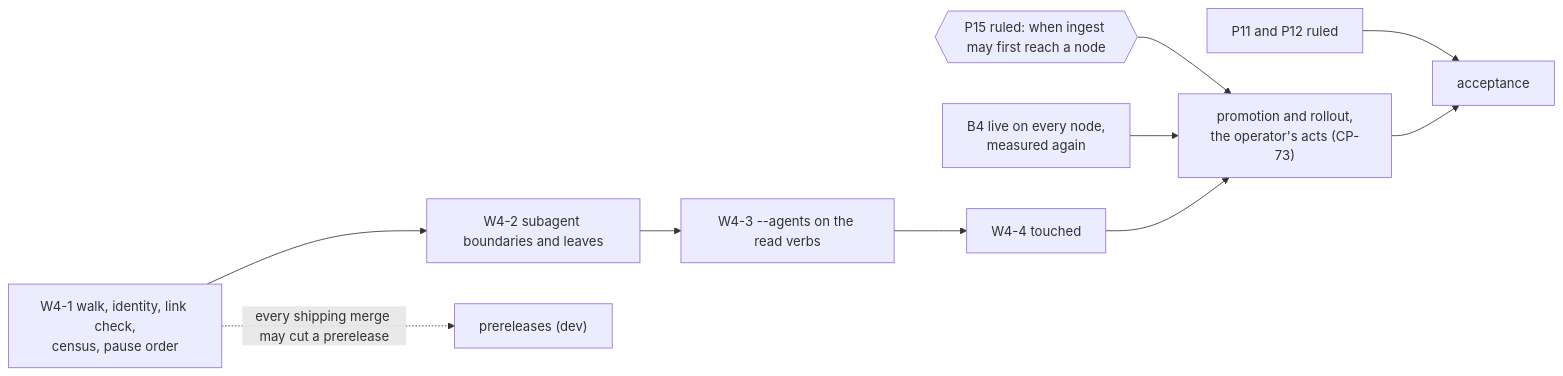
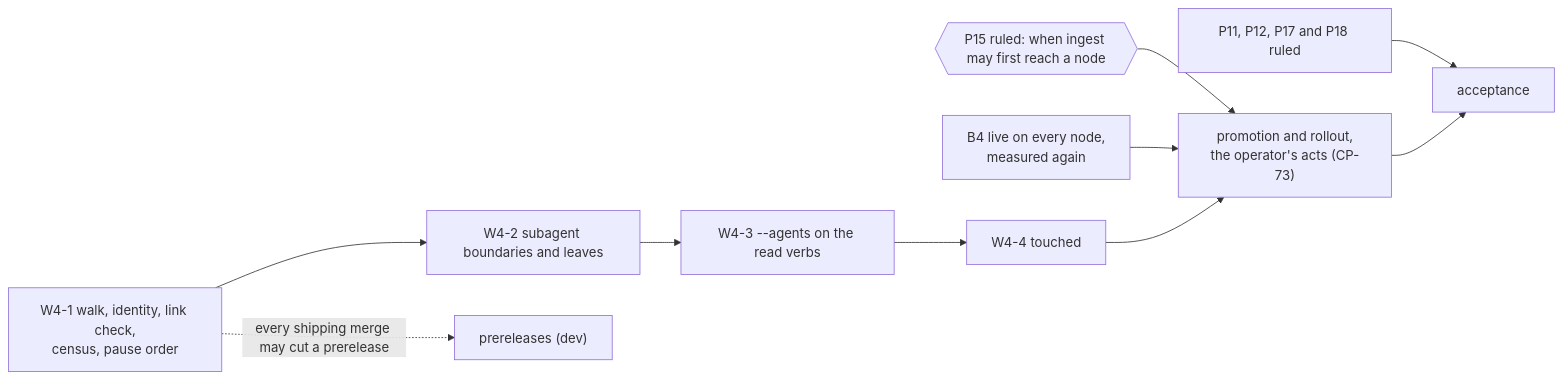
Before and after one commit to Synapsium-Labs/ccrc-pwa: the third of 3 diagrams in docs/superpowers/specs/2026-10-29-ccrc-history-w4-subagents-touched-design.md, drawn with Mermaid. The commit also changed other lines of this file and 1 other file, not shown here.

````diff
--- a/docs/superpowers/specs/2026-10-29-ccrc-history-w4-subagents-touched-design.md
+++ b/docs/superpowers/specs/2026-10-29-ccrc-history-w4-subagents-touched-design.md
@@ -491,12 +549,12 @@
 ```mermaid
 flowchart LR
   W1["W4-1 walk, identity, link check,<br/>census, pause order"] --> W2["W4-2 subagent boundaries and leaves"]
   W2 --> W3["W4-3 --agents on the read verbs"]
   W3 --> W4["W4-4 touched"]
   W1 -. "every shipping merge may cut a prerelease" .-> PR["prereleases (dev)"]
   S{{"P15 ruled: when ingest may first reach a node"}} --> R["promotion and rollout,<br/>the operator's acts (CP-73)"]
   P["B4 live on every node,<br/>measured again"] --> R
   W4 --> R
-  D["P11 and P12 ruled"] --> AC["acceptance"]
+  D["P11, P12, P17 and P18 ruled"] --> AC["acceptance"]
   R --> AC
 ```
````
